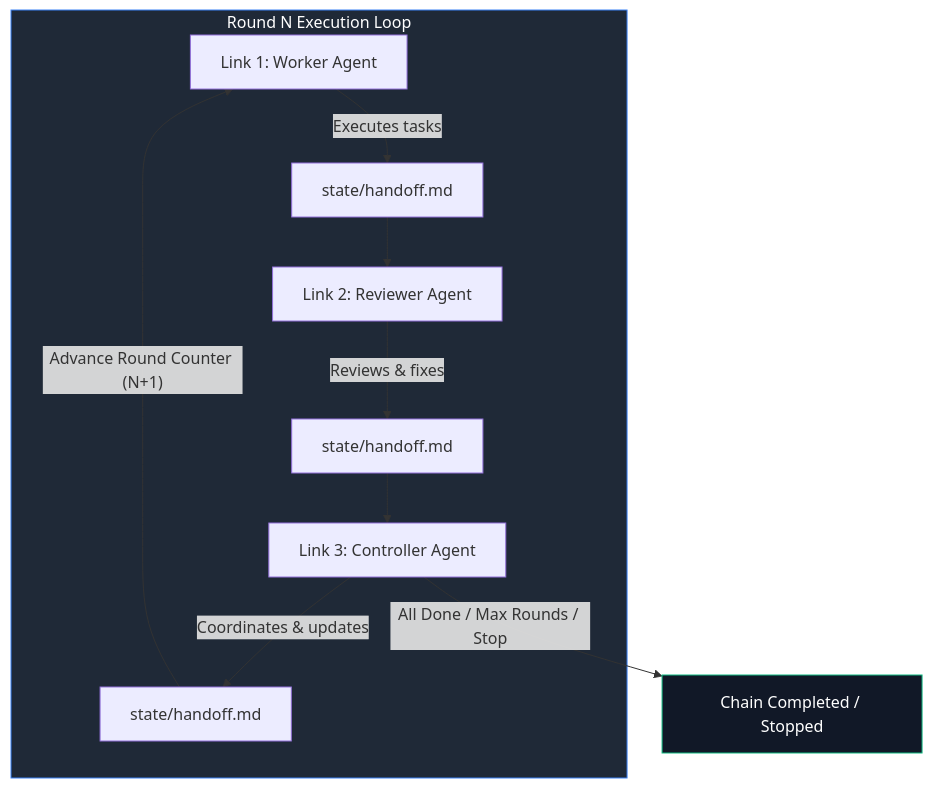
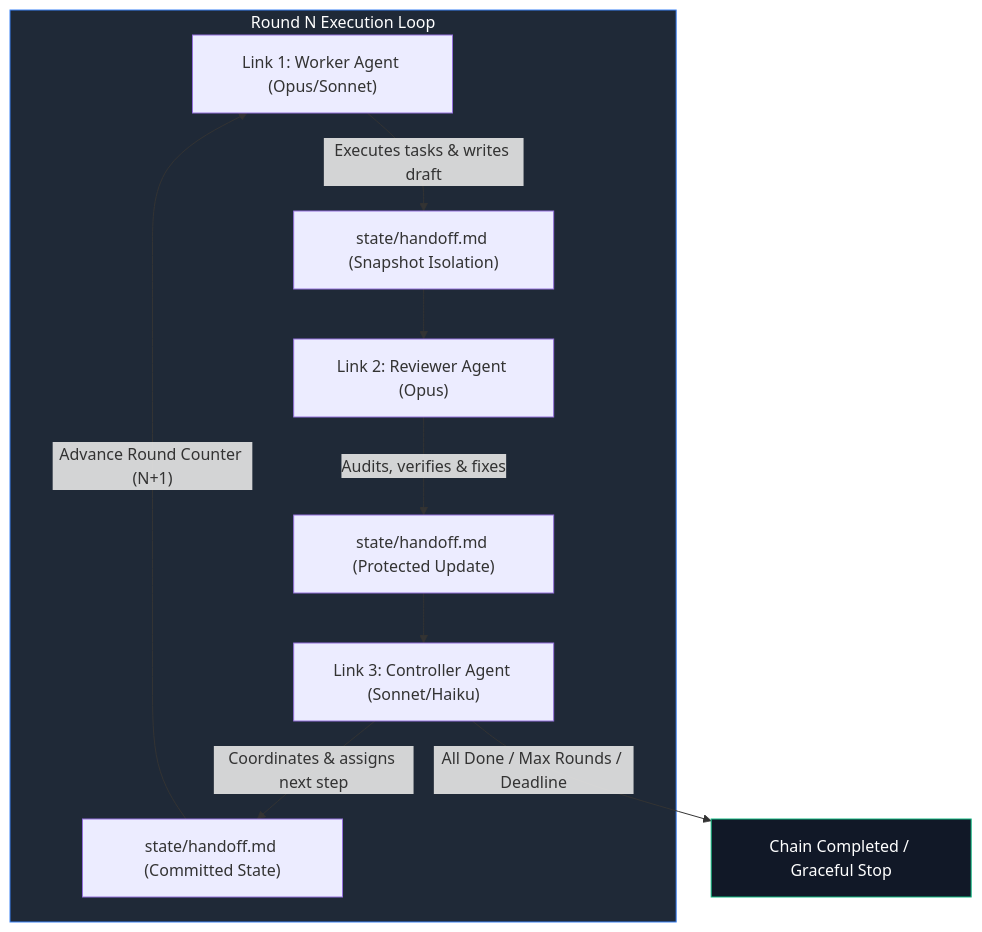
The first of 2 diagrams in README.md (ellmos-ai/MarbleRun), drawn with Mermaid before and after one commit. The commit also changed other lines of this file and 5 other files, not shown here.

Commit message:
docs(marketing): add visual showcase, sequence diagram, invariants matrix & sibling ecosystem [G 2026-08-25]

````diff
--- a/README.md
+++ b/README.md
@@ -201,15 +201,15 @@
 ```mermaid
 graph TD
     subgraph Round["Round N Execution Loop"]
-        W["Link 1: Worker Agent"] -->|"Executes tasks"| H1["state/handoff.md"]
-        H1 --> R["Link 2: Reviewer Agent"]
-        R -->|"Reviews & fixes"| H2["state/handoff.md"]
-        H2 --> C["Link 3: Controller Agent"]
-        C -->|"Coordinates & updates"| H3["state/handoff.md"]
+        W["Link 1: Worker Agent (Opus/Sonnet)"] -->|"Executes tasks & writes draft"| H1["state/handoff.md (Snapshot Isolation)"]
+        H1 --> R["Link 2: Reviewer Agent (Opus)"]
+        R -->|"Audits, verifies & fixes"| H2["state/handoff.md (Protected Update)"]
+        H2 --> C["Link 3: Controller Agent (Sonnet/Haiku)"]
+        C -->|"Coordinates & assigns next step"| H3["state/handoff.md (Committed State)"]
     end
     H3 -->|"Advance Round Counter (N+1)"| W
-    C -->|"All Done / Max Rounds / Stop"| END["Chain Completed / Stopped"]
+    C -->|"All Done / Max Rounds / Deadline"| END["Chain Completed / Graceful Stop"]
 
     style Round fill:#1f2937,stroke:#3b82f6,color:#fff
     style END fill:#111827,stroke:#10b981,color:#fff
 ```
````
